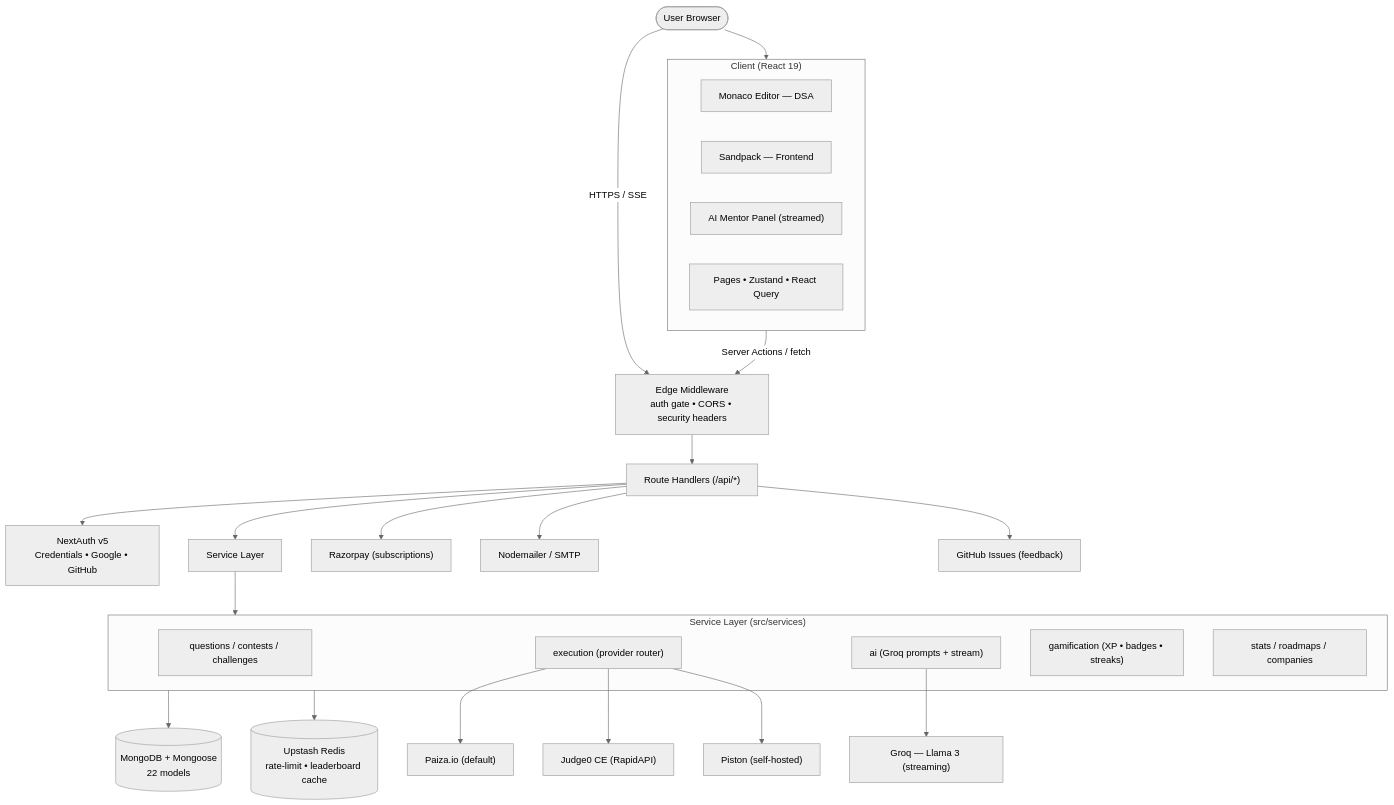
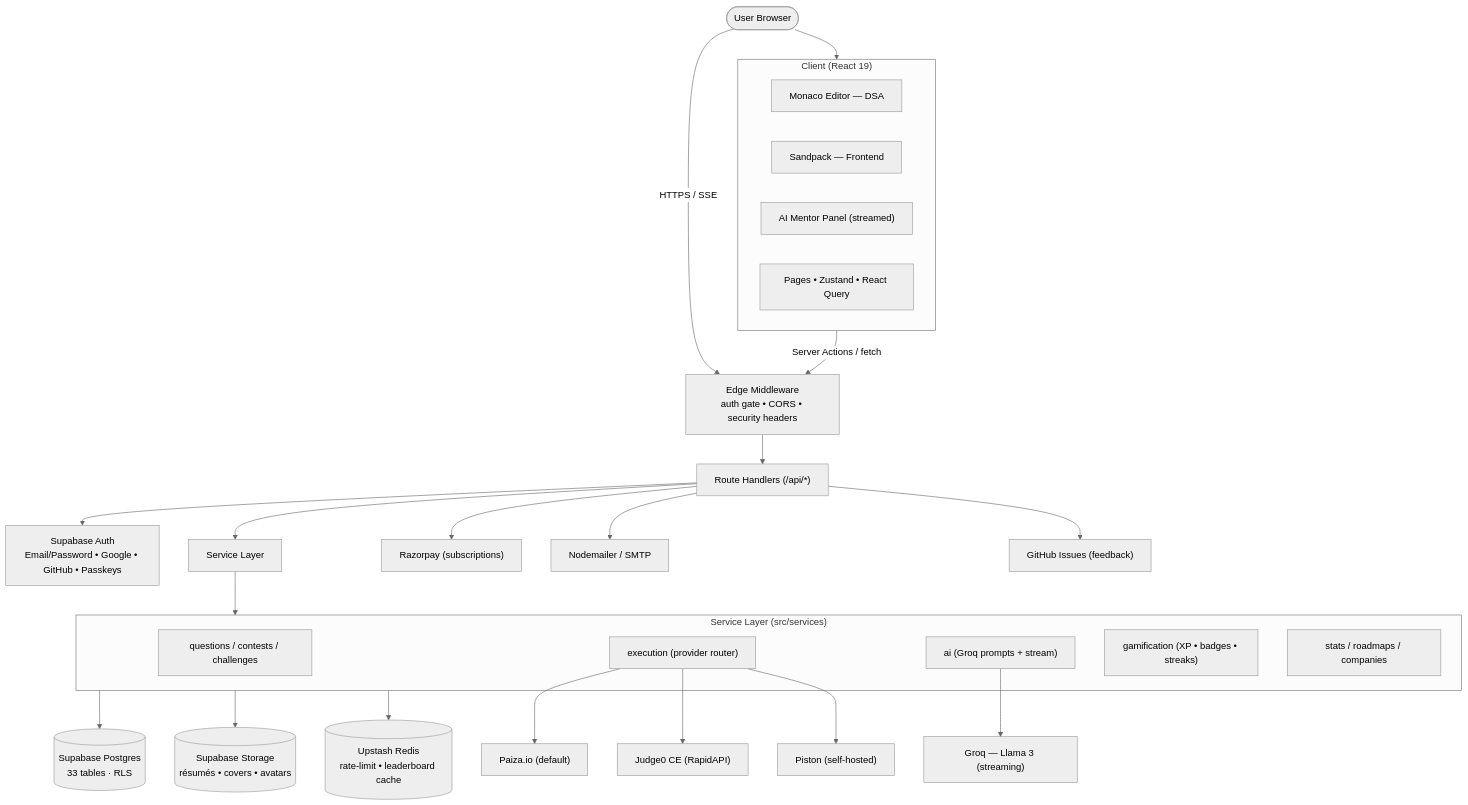
Before and after one commit to CodeForgeAI-io/Codeforge-AI: the first of 2 diagrams in README.md, drawn with Mermaid (neutral theme). The commit also changed other lines of this file and 3 other files, not shown here.

````diff
--- a/README.md
+++ b/README.md
@@ -48,40 +50,41 @@
 ```mermaid
 graph TD
     User(["User Browser"]) -->|HTTPS / SSE| Edge
 
     subgraph Client ["Client (React 19)"]
         Editor["Monaco Editor — DSA"]
         Sandbox["Sandpack — Frontend"]
         AIChat["AI Mentor Panel (streamed)"]
         UI["Pages • Zustand • React Query"]
     end
     User --> Client
 
     Edge["Edge Middleware<br/>auth gate • CORS • security headers"]
     Client -->|Server Actions / fetch| Edge
     Edge --> Routes["Route Handlers (/api/*)"]
 
-    Routes --> Auth["NextAuth v5<br/>Credentials • Google • GitHub"]
+    Routes --> Auth["Supabase Auth<br/>Email/Password • Google • GitHub • Passkeys"]
     Routes --> Services["Service Layer"]
 
     subgraph Services2 ["Service Layer (src/services)"]
         Q["questions / contests / challenges"]
         Exec["execution (provider router)"]
         AIsvc["ai (Groq prompts + stream)"]
         Game["gamification (XP • badges • streaks)"]
         Stats["stats / roadmaps / companies"]
     end
     Services --> Services2
 
-    Services2 --> DB[("MongoDB + Mongoose<br/>22 models")]
+    Services2 --> DB[("Supabase Postgres<br/>33 tables · RLS")]
+    Services2 --> Storage[("Supabase Storage<br/>résumés • covers • avatars")]
     Services2 --> Redis[("Upstash Redis<br/>rate-limit • leaderboard cache")]
 
     Exec --> Paiza["Paiza.io (default)"]
     Exec --> Judge0["Judge0 CE (RapidAPI)"]
     Exec --> Piston["Piston (self-hosted)"]
 
     AIsvc --> Groq["Groq — Llama 3 (streaming)"]
     Routes --> Razorpay["Razorpay (subscriptions)"]
     Routes --> Mailer["Nodemailer / SMTP"]
     Routes --> GH["GitHub Issues (feedback)"]
 ```
````
